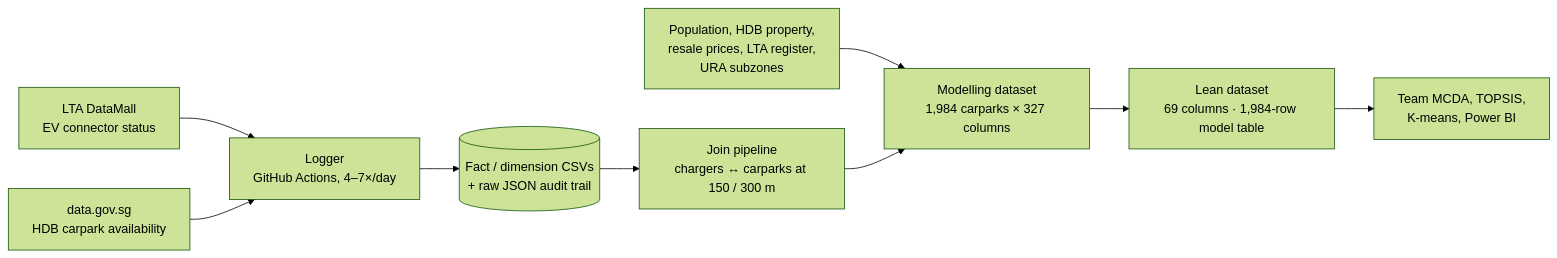
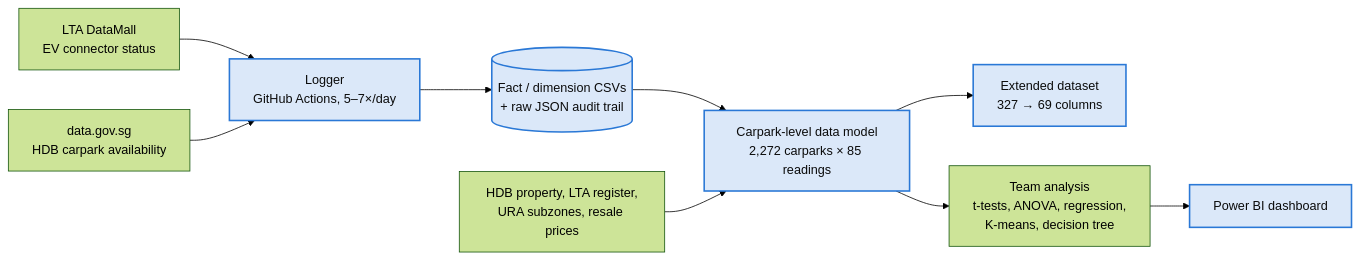
Before and after one commit to dhananajay-777/Singapore-EV-charging-Grid-predictor: the diagram in README.md, drawn with Mermaid (forest theme). The commit also changed other lines of this file and 3 other files, not shown here.

````diff
--- a/README.md
+++ b/README.md
@@ -49,11 +95,13 @@
 ```mermaid
 flowchart LR
-    A[LTA DataMall<br/>EV connector status] --> L[Logger<br/>GitHub Actions, 4–7×/day]
+    A[LTA DataMall<br/>EV connector status] --> L[Logger<br/>GitHub Actions, 5–7×/day]
     B[data.gov.sg<br/>HDB carpark availability] --> L
     L --> S[(Fact / dimension CSVs<br/>+ raw JSON audit trail)]
-    S --> P[Join pipeline<br/>chargers ↔ carparks at 150 / 300 m]
-    C[Population, HDB property,<br/>resale prices, LTA register,<br/>URA subzones] --> D
-    P --> D[Modelling dataset<br/>1,984 carparks × 327 columns]
-    D --> E[Lean dataset<br/>69 columns · 1,984-row model table]
-    E --> M[Team MCDA, TOPSIS,<br/>K-means, Power BI]
+    S --> W[Carpark-level data model<br/>2,272 carparks × 85 readings]
+    C[HDB property, LTA register,<br/>URA subzones, resale prices] --> W
+    W --> X[Extended dataset<br/>327 → 69 columns]
+    W --> M[Team analysis<br/>t-tests, ANOVA, regression,<br/>K-means, decision tree]
+    M --> BI[Power BI dashboard]
+    classDef mine fill:#dbe8f9,stroke:#2a78d6,stroke-width:2px,color:#0b0b0b
+    class L,S,W,X,BI mine
 ```
````
